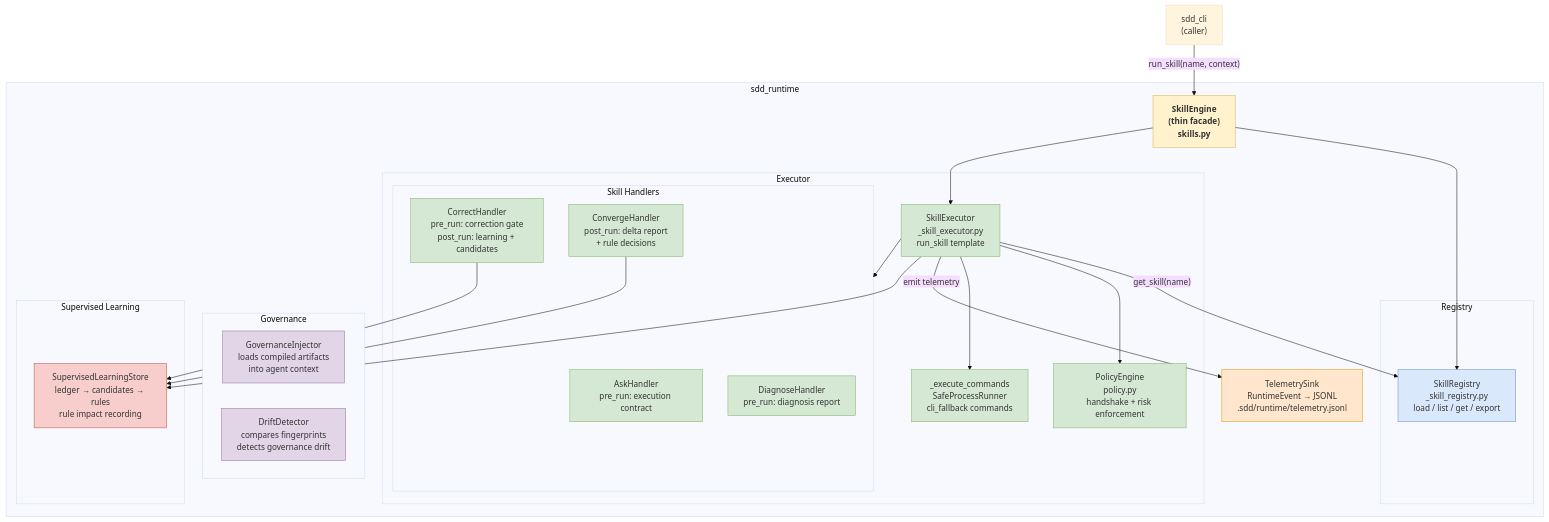
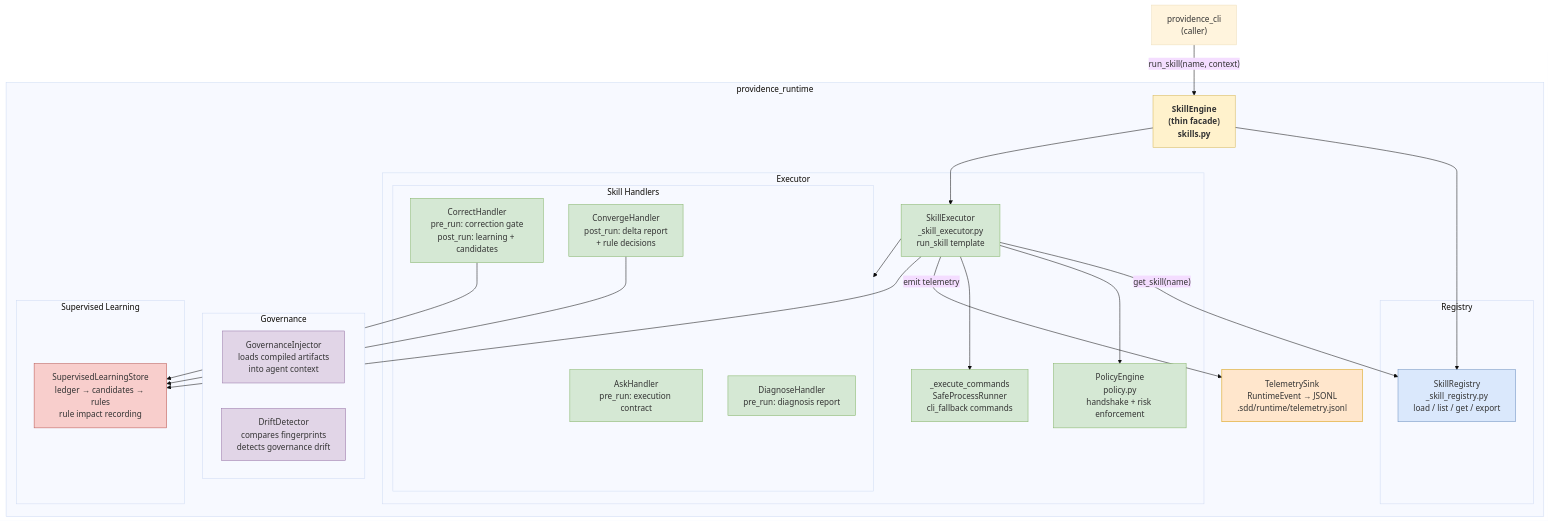
One commit to SergioLacerda/sdd-harness changed the diagram in packages/docs/architecture/c4-components-runtime.md. Above: the diagram before and after it, drawn with Mermaid (base theme). The commit also changed other lines of this file and 2436 other files, not shown here.

Commit message:
feat: alterado CLI para providence

````diff
--- a/packages/docs/architecture/c4-components-runtime.md
+++ b/packages/docs/architecture/c4-components-runtime.md
@@ -5,65 +5,65 @@
 ```mermaid
 graph TB
-    cli["sdd_cli\n(caller)"]
+    cli["providence_cli\n(caller)"]
 
-    subgraph runtime["sdd_runtime"]
+    subgraph runtime["providence_runtime"]
         engine["SkillEngine\n(thin facade)\nskills.py"]
 
         subgraph registry["Registry"]
             skillReg["SkillRegistry\n_skill_registry.py\nload / list / get / export"]
         end
 
         subgraph executor["Executor"]
             skillExec["SkillExecutor\n_skill_executor.py\nrun_skill template"]
 
             subgraph handlers["Skill Handlers"]
                 askH["AskHandler\npre_run: execution contract"]
                 diagH["DiagnoseHandler\npre_run: diagnosis report"]
                 corrH["CorrectHandler\npre_run: correction gate\npost_run: learning + candidates"]
                 convH["ConvergeHandler\npost_run: delta report\n+ rule decisions"]
             end
 
             policy["PolicyEngine\npolicy.py\nhandshake + risk enforcement"]
             cmdExec["_execute_commands\nSafeProcessRunner\ncli_fallback commands"]
         end
 
         subgraph governance["Governance"]
             injector["GovernanceInjector\nloads compiled artifacts\ninto agent context"]
             drift["DriftDetector\ncompares fingerprints\ndetects governance drift"]
         end
 
         subgraph learning["Supervised Learning"]
             store["SupervisedLearningStore\nledger → candidates → rules\nrule impact recording"]
         end
 
         telemetry["TelemetrySink\nRuntimeEvent → JSONL\n.sdd/runtime/telemetry.jsonl"]
     end
 
     cli -->|"run_skill(name, context)"| engine
     engine --> skillReg
     engine --> skillExec
     skillExec -->|"get_skill(name)"| skillReg
     skillExec --> policy
     skillExec --> handlers
     skillExec --> cmdExec
     skillExec -->|"emit telemetry"| telemetry
     corrH --> store
     convH --> store
     skillExec --> store
 
     classDef facadeStyle fill:#fff2cc,stroke:#d6b656,font-weight:bold
     classDef registryStyle fill:#dae8fc,stroke:#6c8ebf
     classDef executorStyle fill:#d5e8d4,stroke:#82b366
     classDef handlerStyle fill:#d5e8d4,stroke:#82b366
     classDef governanceStyle fill:#e1d5e7,stroke:#9673a6
     classDef learningStyle fill:#f8cecc,stroke:#b85450
     classDef telemetryStyle fill:#ffe6cc,stroke:#d79b00
 
     class engine facadeStyle
     class skillReg registryStyle
     class skillExec,policy,cmdExec executorStyle
     class askH,diagH,corrH,convH handlerStyle
     class injector,drift governanceStyle
     class store learningStyle
     class telemetry telemetryStyle
 ```
````
